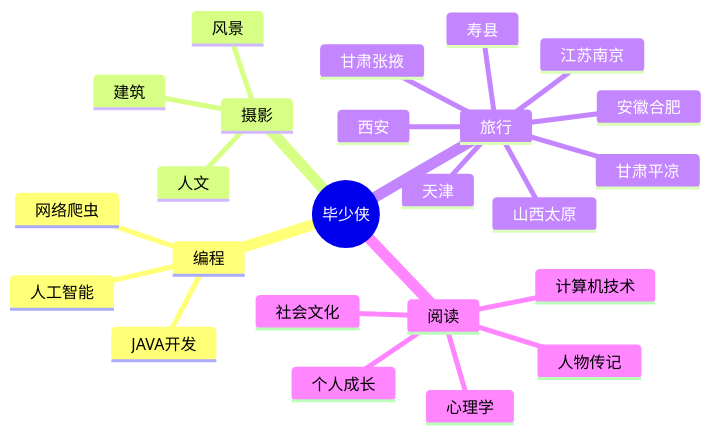
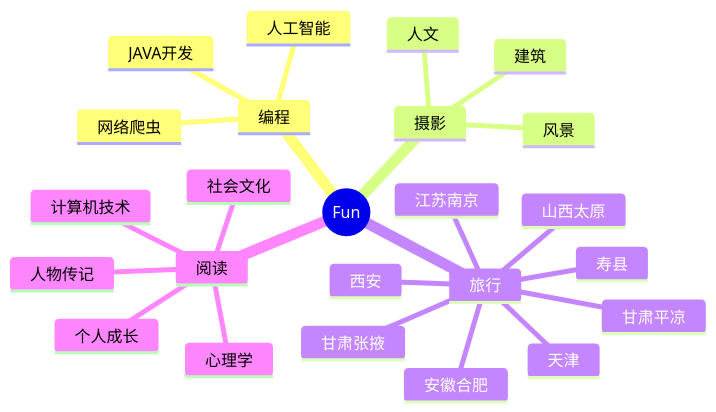
One commit to shiqustudio/shiqustudio changed the diagram in README.md. Above: the diagram before and after it, drawn with Mermaid. The commit also changed other lines of this file, not shown here.

````diff
--- a/README.md
+++ b/README.md
@@ -144,27 +144,27 @@
 ```mermaid
 mindmap
-  root((毕少侠))
+  root((Fun))
     编程
       JAVA开发
       网络爬虫
       人工智能
     摄影
       人文
       建筑
       风景
     旅行
       西安
       甘肃平凉
       甘肃张掖
       山西太原
       天津
       江苏南京
       安徽合肥
       寿县
     阅读
       人物传记
       个人成长
       社会文化
       心理学
       计算机技术
 ```
````
